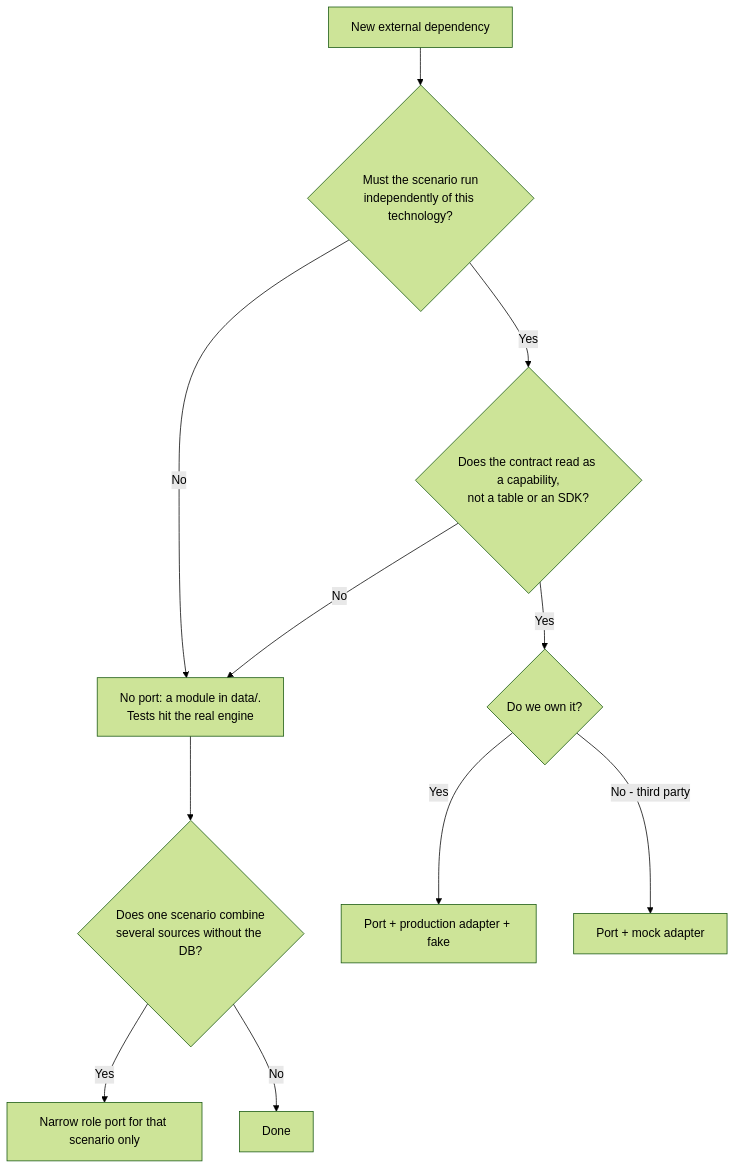
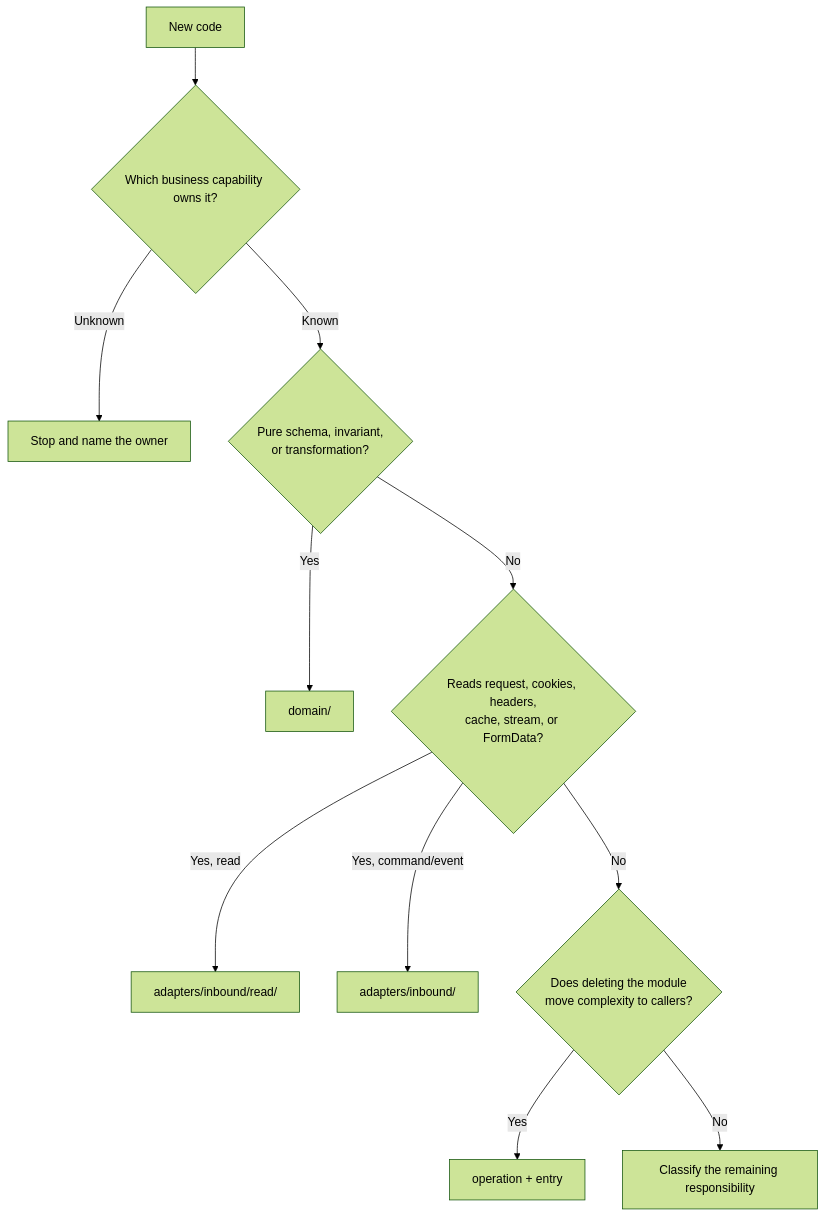
One commit to clicktronix/nextjs-clean-skills changed the first of 5 diagrams in docs/agent-decision-maps.md. Above: the diagram before and after it, drawn with Mermaid (forest theme). The commit also changed other lines of this file and 10 other files, not shown here.

````diff
--- a/docs/agent-decision-maps.md
+++ b/docs/agent-decision-maps.md
@@ -32,13 +8,13 @@
 ```mermaid
-flowchart TD
-  Dep["New external dependency"] --> Cap{"Must the scenario run\nindependently of this technology?"}
-  Cap -->|No| NoPort["No port: a module in data/.\nTests hit the real engine"]
-  Cap -->|Yes| Shape{"Does the contract read as a capability,\nnot a table or an SDK?"}
-  Shape -->|No| NoPort
-  Shape -->|Yes| Owned{"Do we own it?"}
-  Owned -->|Yes| Port["Port + production adapter + fake"]
-  Owned -->|"No - third party"| Mock["Port + mock adapter"]
-  NoPort --> Orchestrate{"Does one scenario combine\nseveral sources without the DB?"}
-  Orchestrate -->|Yes| Narrow["Narrow role port for that scenario only"]
-  Orchestrate -->|No| Done["Done"]
+flowchart TB
+  Start["New code"] --> Owner{"Which business capability owns it?"}
+  Owner -->|Unknown| Stop["Stop and name the owner"]
+  Owner -->|Known| Pure{"Pure schema, invariant,\nor transformation?"}
+  Pure -->|Yes| Domain["domain/"]
+  Pure -->|No| Framework{"Reads request, cookies, headers,\ncache, stream, or FormData?"}
+  Framework -->|Yes, read| Read["adapters/inbound/read/"]
+  Framework -->|Yes, command/event| Inbound["adapters/inbound/"]
+  Framework -->|No| Scenario{"Does deleting the module\nmove complexity to callers?"}
+  Scenario -->|Yes| UseCase["operation + entry"]
+  Scenario -->|No| Remaining["Classify the remaining responsibility"]
 ```
````
